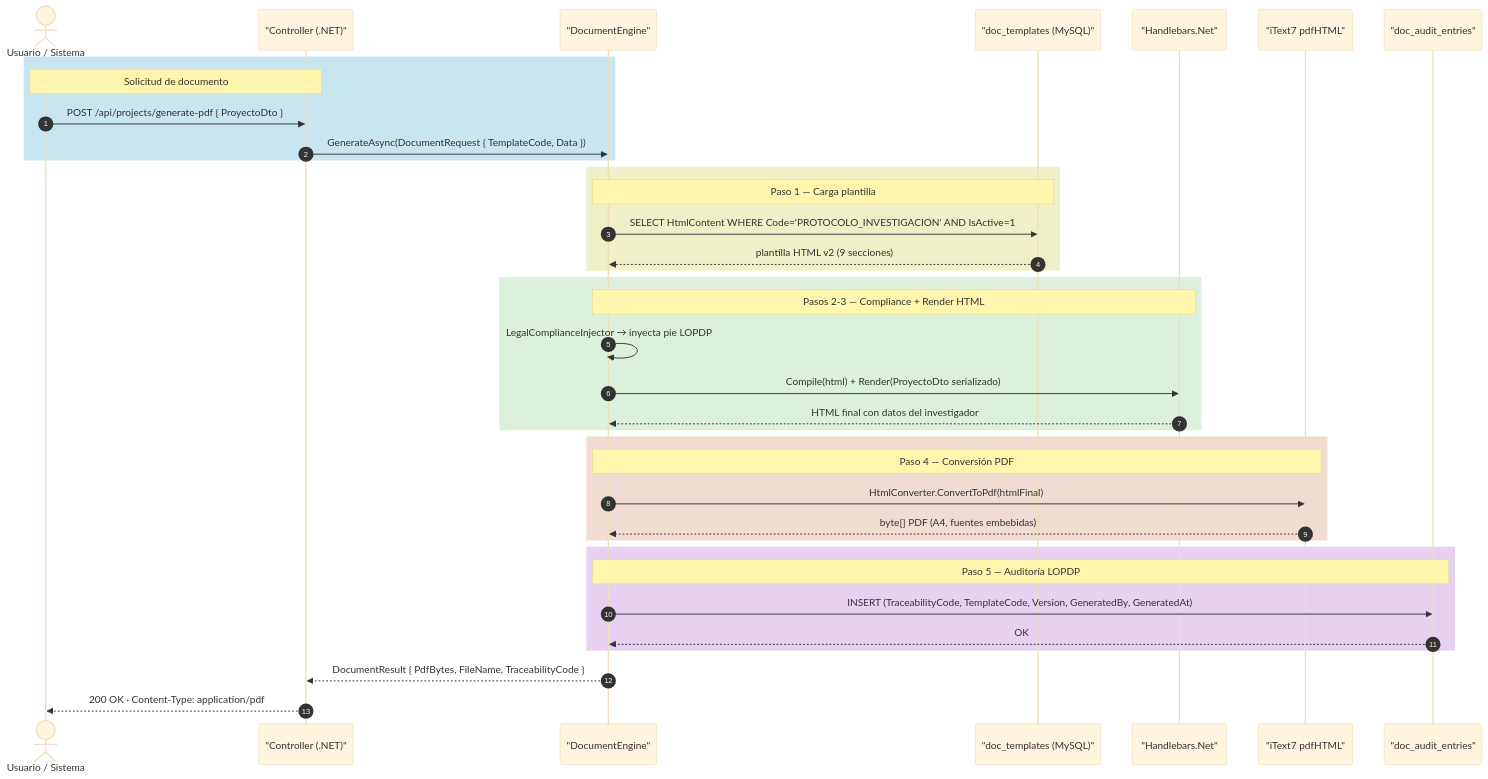
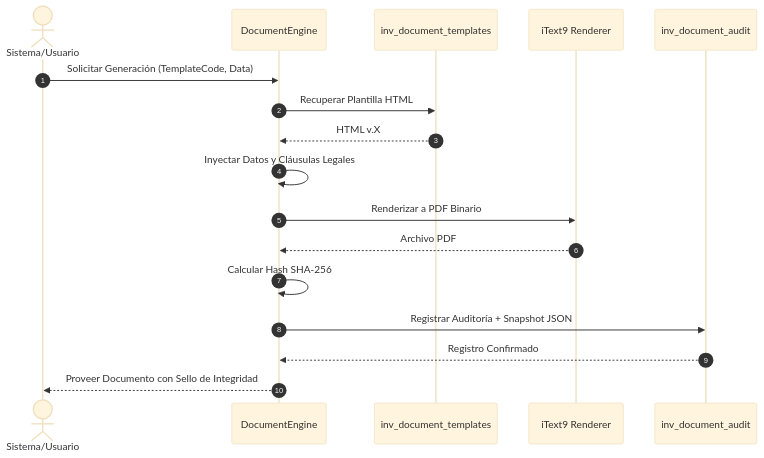
The second of 2 diagrams in docs/documentacion/06_flujos_trabajo.md (JorgeDoicela/diitra), drawn with Mermaid (base theme) before and after one commit. The commit also changed other lines of this file and 22 other files, not shown here.

````diff
--- a/docs/documentacion/06_flujos_trabajo.md
+++ b/docs/documentacion/06_flujos_trabajo.md
@@ -69,45 +41,20 @@
 ```mermaid
 sequenceDiagram
     autonumber
-    actor USR as Usuario / Sistema
-    participant CTRL as "Controller (.NET)"
-    participant ENG as "DocumentEngine"
-    participant DB as "doc_templates (MySQL)"
-    participant HB as "Handlebars.Net"
-    participant ITXT as "iText7 pdfHTML"
-    participant AUDIT as "doc_audit_entries"
+    actor USR as Sistema/Usuario
+    participant ENG as DocumentEngine
+    participant DB as inv_document_templates
+    participant ITXT as iText9 Renderer
+    participant AUDIT as inv_document_audit
 
-    rect rgb(200, 230, 240)
-        Note over USR,CTRL: Solicitud de documento
-        USR->>CTRL: POST /api/projects/generate-pdf { ProyectoDto }
-        CTRL->>ENG: GenerateAsync(DocumentRequest { TemplateCode, Data })
-    end
-
-    rect rgb(240, 240, 200)
-        Note over ENG,DB: Paso 1 — Carga plantilla
-        ENG->>DB: SELECT HtmlContent WHERE Code='PROTOCOLO_INVESTIGACION' AND IsActive=1
-        DB-->>ENG: plantilla HTML v2 (9 secciones)
-    end
-
-    rect rgb(220, 240, 220)
-        Note over ENG,HB: Pasos 2-3 — Compliance + Render HTML
-        ENG->>ENG: LegalComplianceInjector → inyecta pie LOPDP
-        ENG->>HB: Compile(html) + Render(ProyectoDto serializado)
-        HB-->>ENG: HTML final con datos del investigador
-    end
-
-    rect rgb(240, 220, 210)
-        Note over ENG,ITXT: Paso 4 — Conversión PDF
-        ENG->>ITXT: HtmlConverter.ConvertToPdf(htmlFinal)
-        ITXT-->>ENG: byte[] PDF (A4, fuentes embebidas)
-    end
-
-    rect rgb(230, 210, 240)
-        Note over ENG,AUDIT: Paso 5 — Auditoría LOPDP
-        ENG->>AUDIT: INSERT (TraceabilityCode, TemplateCode, Version, GeneratedBy, GeneratedAt)
-        AUDIT-->>ENG: OK
-    end
-
-    ENG-->>CTRL: DocumentResult { PdfBytes, FileName, TraceabilityCode }
-    CTRL-->>USR: 200 OK · Content-Type: application/pdf
+    USR->>ENG: Solicitar Generación (TemplateCode, Data)
+    ENG->>DB: Recuperar Plantilla HTML
+    DB-->>ENG: HTML v.X
+    ENG->>ENG: Inyectar Datos y Cláusulas Legales
+    ENG->>ITXT: Renderizar a PDF Binario
+    ITXT-->>ENG: Archivo PDF
+    ENG->>ENG: Calcular Hash SHA-256
+    ENG->>AUDIT: Registrar Auditoría + Snapshot JSON
+    AUDIT-->>ENG: Registro Confirmado
+    ENG-->>USR: Proveer Documento con Sello de Integridad
 ```
````
